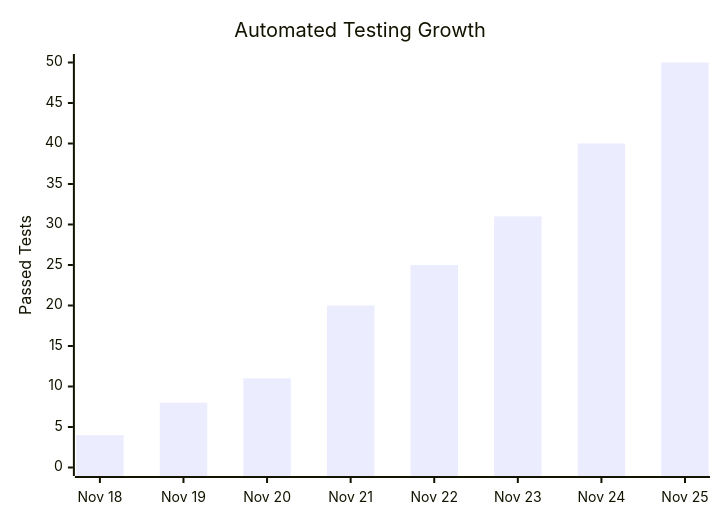
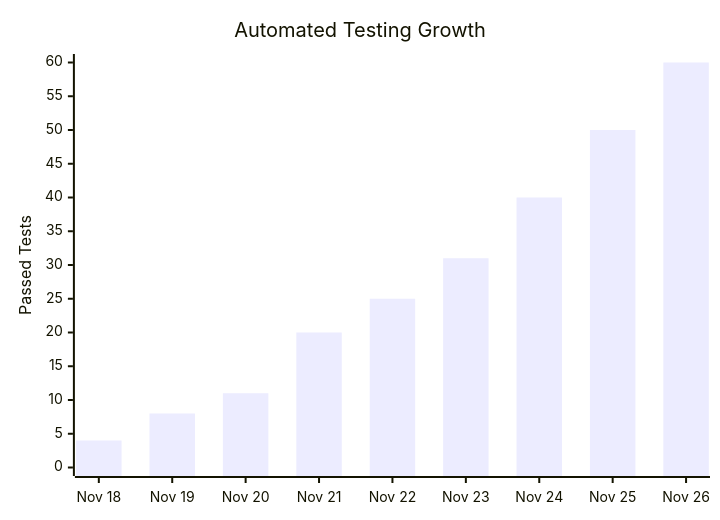
The second of 2 diagrams in README.md (Moulya-k-m/MeshWeaver), drawn with Mermaid before and after one commit. The commit also changed other lines of this file, not shown here.

````diff
--- a/README.md
+++ b/README.md
@@ -746,7 +845,7 @@
 ```mermaid
 xychart-beta
     title "Automated Testing Growth"
-    x-axis ["Nov 18", "Nov 19", "Nov 20", "Nov 21", "Nov 22", "Nov 23", "Nov 24", "Nov 25"]
-    y-axis "Passed Tests" 0 --> 50
-    bar [4, 8, 11, 20, 25, 31, 40, 50]
+    x-axis ["Nov 18", "Nov 19", "Nov 20", "Nov 21", "Nov 22", "Nov 23", "Nov 24", "Nov 25", "Nov 26"]
+    y-axis "Passed Tests" 0 --> 60
+    bar [4, 8, 11, 20, 25, 31, 40, 50, 60]
 ```
````
